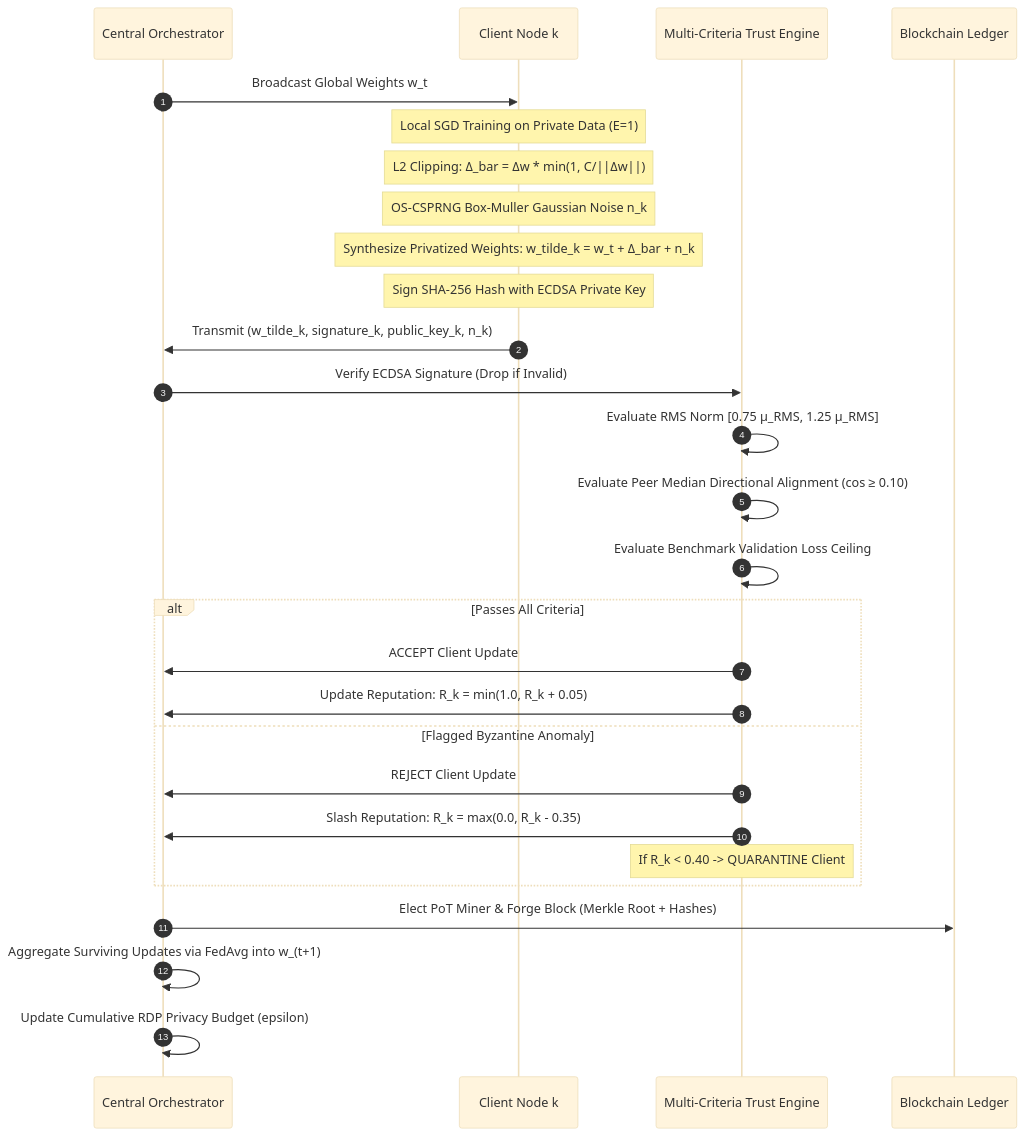
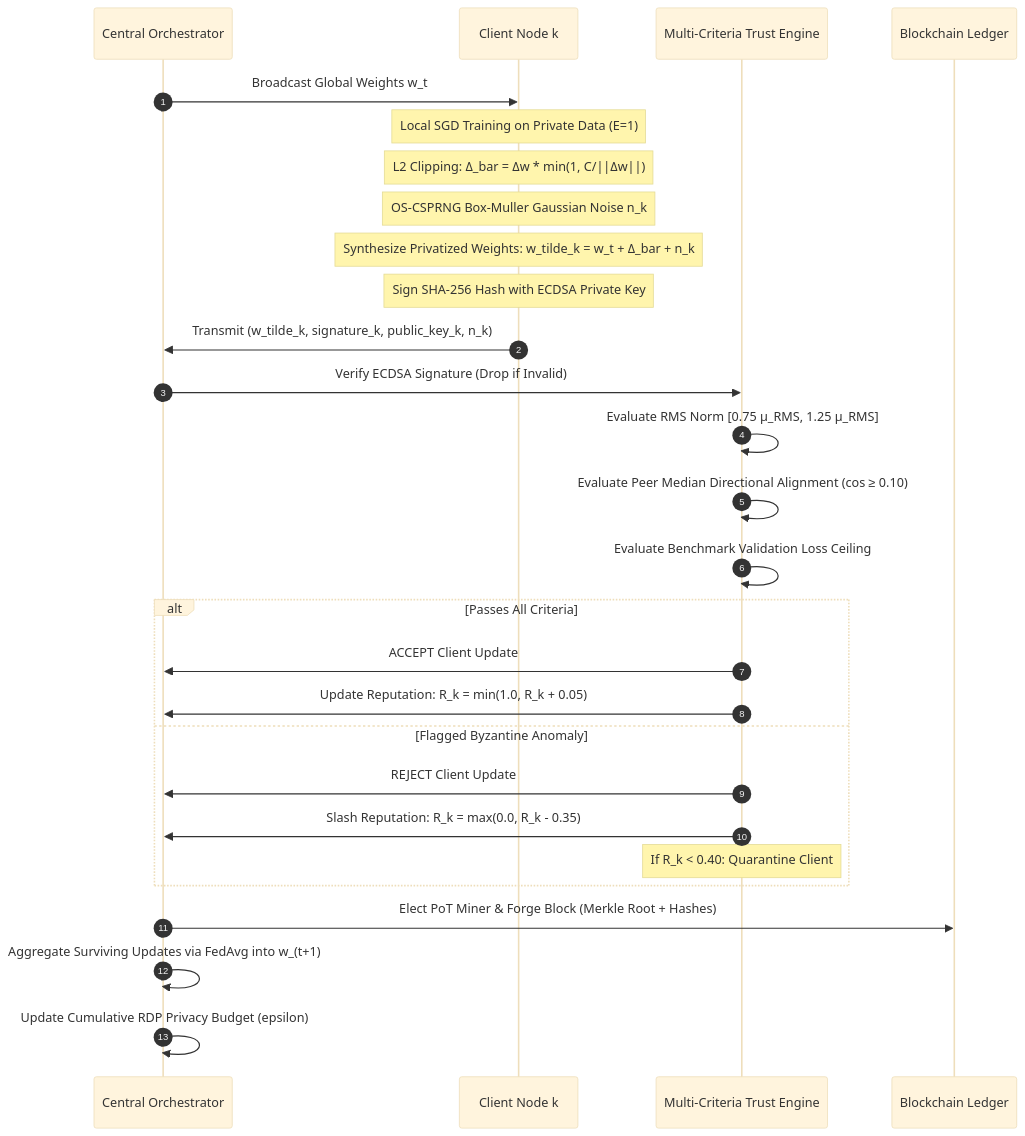
The second of 2 diagrams in README.md (RanvyGHBs/blockchain-fl-ids), drawn with Mermaid (base theme) before and after one commit. The commit also changed other lines of this file, not shown here.

````diff
--- a/README.md
+++ b/README.md
@@ -143,31 +147,31 @@
 ```mermaid
 sequenceDiagram
     autonumber
     participant Coord as Central Orchestrator
     participant Client as Client Node k
     participant Trust as Multi-Criteria Trust Engine
     participant Chain as Blockchain Ledger
 
     Coord->>Client: Broadcast Global Weights w_t
     Note over Client: Local SGD Training on Private Data (E=1)
     Note over Client: L2 Clipping: Δ_bar = Δw * min(1, C/||Δw||)
     Note over Client: OS-CSPRNG Box-Muller Gaussian Noise n_k
     Note over Client: Synthesize Privatized Weights: w_tilde_k = w_t + Δ_bar + n_k
     Note over Client: Sign SHA-256 Hash with ECDSA Private Key
     Client->>Coord: Transmit (w_tilde_k, signature_k, public_key_k, n_k)
     Coord->>Trust: Verify ECDSA Signature (Drop if Invalid)
     Trust->>Trust: Evaluate RMS Norm [0.75 μ_RMS, 1.25 μ_RMS]
     Trust->>Trust: Evaluate Peer Median Directional Alignment (cos ≥ 0.10)
     Trust->>Trust: Evaluate Benchmark Validation Loss Ceiling
     alt Passes All Criteria
         Trust->>Coord: ACCEPT Client Update
         Trust->>Coord: Update Reputation: R_k = min(1.0, R_k + 0.05)
     else Flagged Byzantine Anomaly
         Trust->>Coord: REJECT Client Update
         Trust->>Coord: Slash Reputation: R_k = max(0.0, R_k - 0.35)
-        Note over Trust: If R_k < 0.40 -> QUARANTINE Client
+        Note over Trust: If R_k < 0.40: Quarantine Client
     end
     Coord->>Chain: Elect PoT Miner & Forge Block (Merkle Root + Hashes)
     Coord->>Coord: Aggregate Surviving Updates via FedAvg into w_(t+1)
     Coord->>Coord: Update Cumulative RDP Privacy Budget (epsilon)
 ```
````
